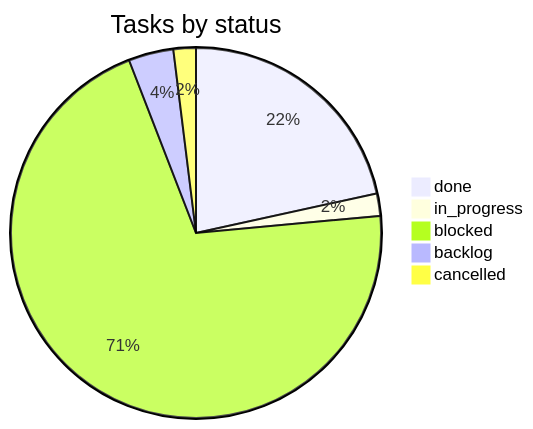
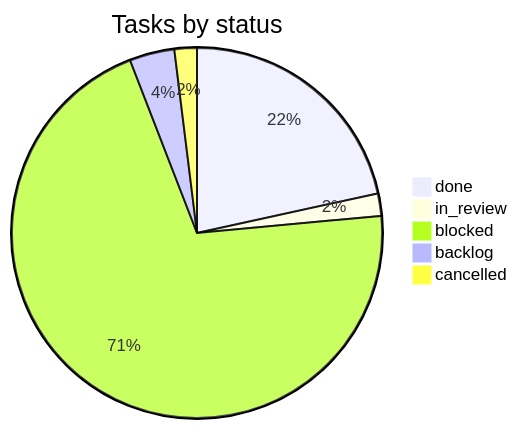
One commit to vulcanflow/docs changed the second of 2 diagrams in PROGRESS.md. Above: the diagram before and after it, drawn with Mermaid. The commit also changed other lines of this file and 1 other file, not shown here.

Commit message:
progress: 1 status change (VFL-9) (#58)

````diff
--- a/PROGRESS.md
+++ b/PROGRESS.md
@@ -58,8 +58,8 @@
 ```mermaid
 pie title Tasks by status
   "done" : 11
-  "in_progress" : 1
+  "in_review" : 1
   "blocked" : 36
   "backlog" : 2
   "cancelled" : 1
 ```
````
